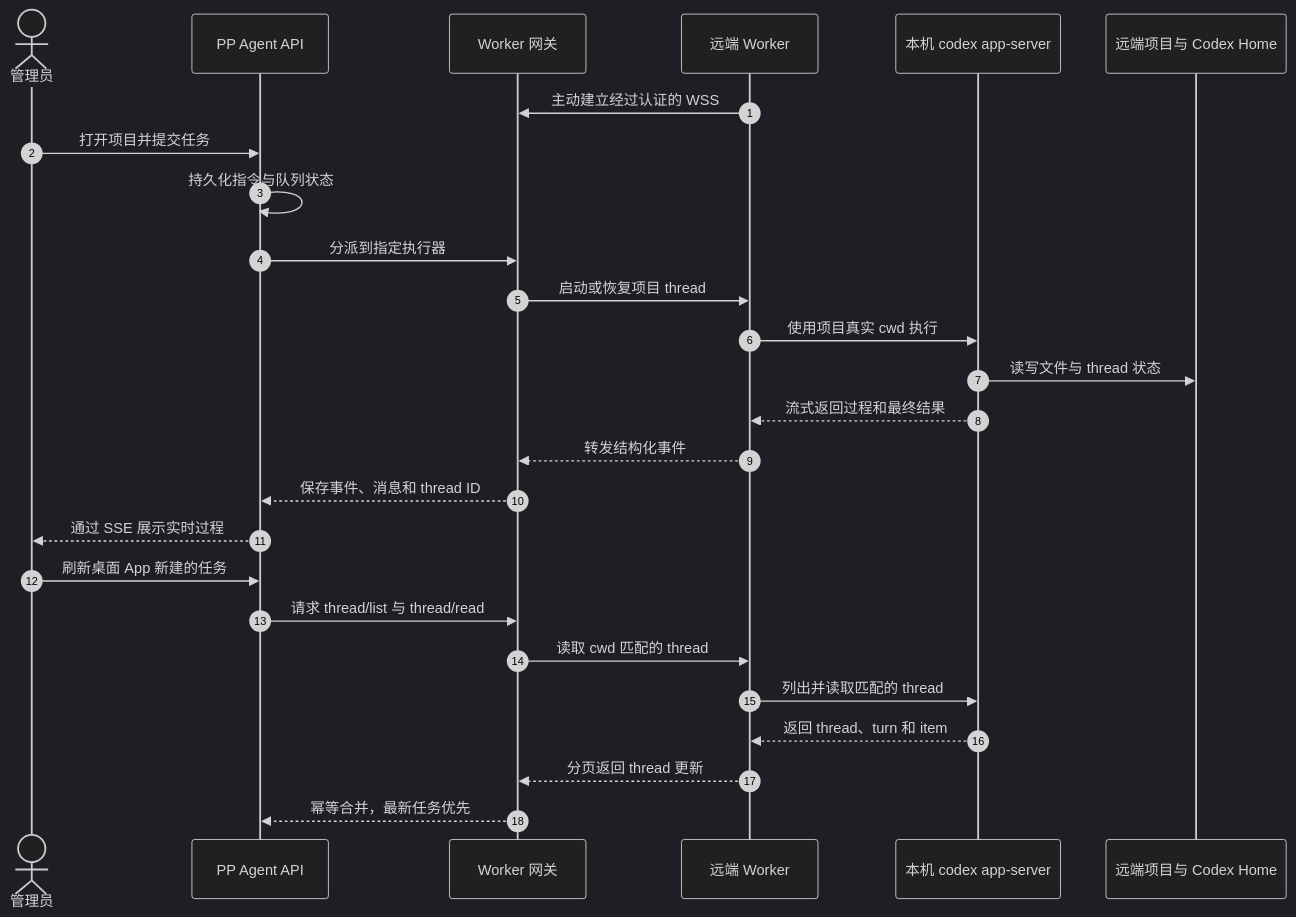
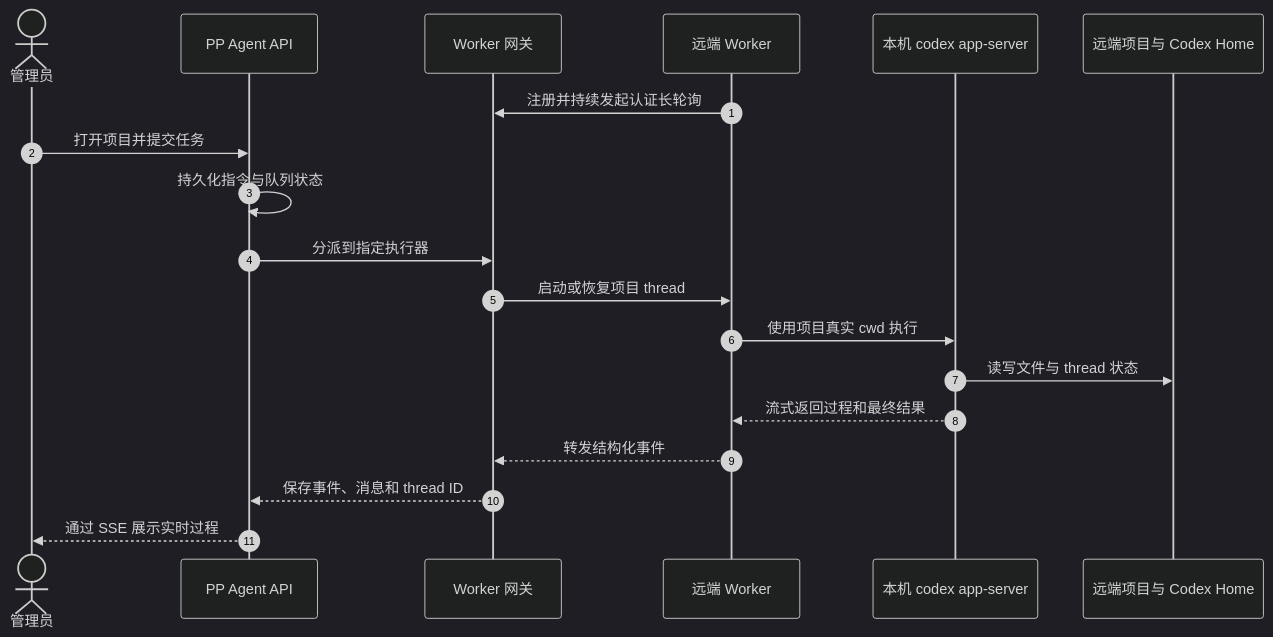
Before and after one commit to RightDan-leo/codex-web: the second of 3 diagrams in README.zh-CN.md, drawn with Mermaid (dark theme). The commit also changed other lines of this file and 3 other files, not shown here.

````diff
--- a/README.zh-CN.md
+++ b/README.zh-CN.md
@@ -92,29 +92,22 @@
 ```mermaid
 sequenceDiagram
     autonumber
     actor A as 管理员
     participant API as PP Agent API
     participant G as Worker 网关
     participant W as 远端 Worker
     participant C as 本机 codex app-server
     participant P as 远端项目与 Codex Home
 
-    W->>G: 主动建立经过认证的 WSS
+    W->>G: 注册并持续发起认证长轮询
     A->>API: 打开项目并提交任务
     API->>API: 持久化指令与队列状态
     API->>G: 分派到指定执行器
     G->>W: 启动或恢复项目 thread
     W->>C: 使用项目真实 cwd 执行
     C->>P: 读写文件与 thread 状态
     C-->>W: 流式返回过程和最终结果
     W-->>G: 转发结构化事件
     G-->>API: 保存事件、消息和 thread ID
     API-->>A: 通过 SSE 展示实时过程
-    A->>API: 刷新桌面 App 新建的任务
-    API->>G: 请求 thread/list 与 thread/read
-    G->>W: 读取 cwd 匹配的 thread
-    W->>C: 列出并读取匹配的 thread
-    C-->>W: 返回 thread、turn 和 item
-    W-->>G: 分页返回 thread 更新
-    G-->>API: 幂等合并，最新任务优先
 ```
````
